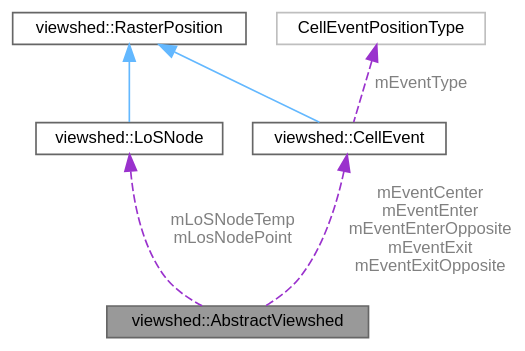
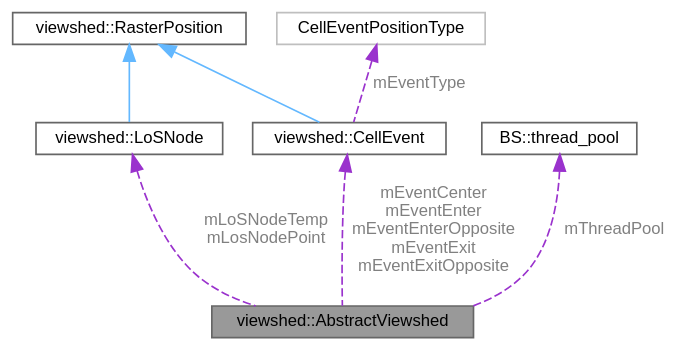
Before and after one commit to JanCaha/cpp-viewshed-library: the diagram in classviewshed_1_1AbstractViewshed__coll__graph.dot, drawn with Graphviz. The commit also changed 141 other files, not shown here.

```diff
--- a/classviewshed_1_1AbstractViewshed__coll__graph.dot
+++ b/classviewshed_1_1AbstractViewshed__coll__graph.dot
@@ -1,17 +1,19 @@
 digraph "viewshed::AbstractViewshed"
 {
  // LATEX_PDF_SIZE
   bgcolor="transparent";
   edge [fontname=Helvetica,fontsize=10,labelfontname=Helvetica,labelfontsize=10];
   node [fontname=Helvetica,fontsize=10,shape=box,height=0.2,width=0.4];
   Node1 [id="Node000001",label="viewshed::AbstractViewshed",height=0.2,width=0.4,color="gray40", fillcolor="grey60", style="filled", fontcolor="black",tooltip="Abstract class that represents viewshed calculation from this class specific implementations ( Viewsh..."];
   Node2 -> Node1 [id="edge1_Node000001_Node000002",dir="back",color="darkorchid3",style="dashed",tooltip=" ",label=" mLoSNodeTemp\nmLosNodePoint",fontcolor="grey" ];
   Node2 [id="Node000002",label="viewshed::LoSNode",height=0.2,width=0.4,color="gray40", fillcolor="white", style="filled",URL="$classviewshed_1_1LoSNode.html",tooltip="Representation of single cell that creates a point on LoS."];
   Node3 -> Node2 [id="edge2_Node000002_Node000003",dir="back",color="steelblue1",style="solid",tooltip=" "];
   Node3 [id="Node000003",label="viewshed::RasterPosition",height=0.2,width=0.4,color="gray40", fillcolor="white", style="filled",URL="$classviewshed_1_1RasterPosition.html",tooltip="Class to represent position on raster in term of row and column."];
-  Node4 -> Node1 [id="edge3_Node000001_Node000004",dir="back",color="darkorchid3",style="dashed",tooltip=" ",label=" mEventCenter\nmEventEnter\nmEventEnterOpposite\nmEventExit\nmEventExitOpposite",fontcolor="grey" ];
-  Node4 [id="Node000004",label="viewshed::CellEvent",height=0.2,width=0.4,color="gray40", fillcolor="white", style="filled",URL="$classviewshed_1_1CellEvent.html",tooltip="Class representing cell events for Van Kreveld's plane sweep algorithm. Stores cell position (row and..."];
-  Node3 -> Node4 [id="edge4_Node000004_Node000003",dir="back",color="steelblue1",style="solid",tooltip=" "];
-  Node5 -> Node4 [id="edge5_Node000004_Node000005",dir="back",color="darkorchid3",style="dashed",tooltip=" ",label=" mEventType",fontcolor="grey" ];
-  Node5 [id="Node000005",label="CellEventPositionType",height=0.2,width=0.4,color="grey75", fillcolor="white", style="filled",tooltip=" "];
+  Node4 -> Node1 [id="edge3_Node000001_Node000004",dir="back",color="darkorchid3",style="dashed",tooltip=" ",label=" mThreadPool",fontcolor="grey" ];
+  Node4 [id="Node000004",label="BS::thread_pool",height=0.2,width=0.4,color="gray40", fillcolor="white", style="filled",URL="$classBS_1_1thread__pool.html",tooltip="A fast, lightweight, and easy-to-use C++17 thread pool class."];
+  Node5 -> Node1 [id="edge4_Node000001_Node000005",dir="back",color="darkorchid3",style="dashed",tooltip=" ",label=" mEventCenter\nmEventEnter\nmEventEnterOpposite\nmEventExit\nmEventExitOpposite",fontcolor="grey" ];
+  Node5 [id="Node000005",label="viewshed::CellEvent",height=0.2,width=0.4,color="gray40", fillcolor="white", style="filled",URL="$classviewshed_1_1CellEvent.html",tooltip="Class representing cell events for Van Kreveld's plane sweep algorithm. Stores cell position (row and..."];
+  Node3 -> Node5 [id="edge5_Node000005_Node000003",dir="back",color="steelblue1",style="solid",tooltip=" "];
+  Node6 -> Node5 [id="edge6_Node000005_Node000006",dir="back",color="darkorchid3",style="dashed",tooltip=" ",label=" mEventType",fontcolor="grey" ];
+  Node6 [id="Node000006",label="CellEventPositionType",height=0.2,width=0.4,color="grey75", fillcolor="white", style="filled",tooltip=" "];
 }
```
